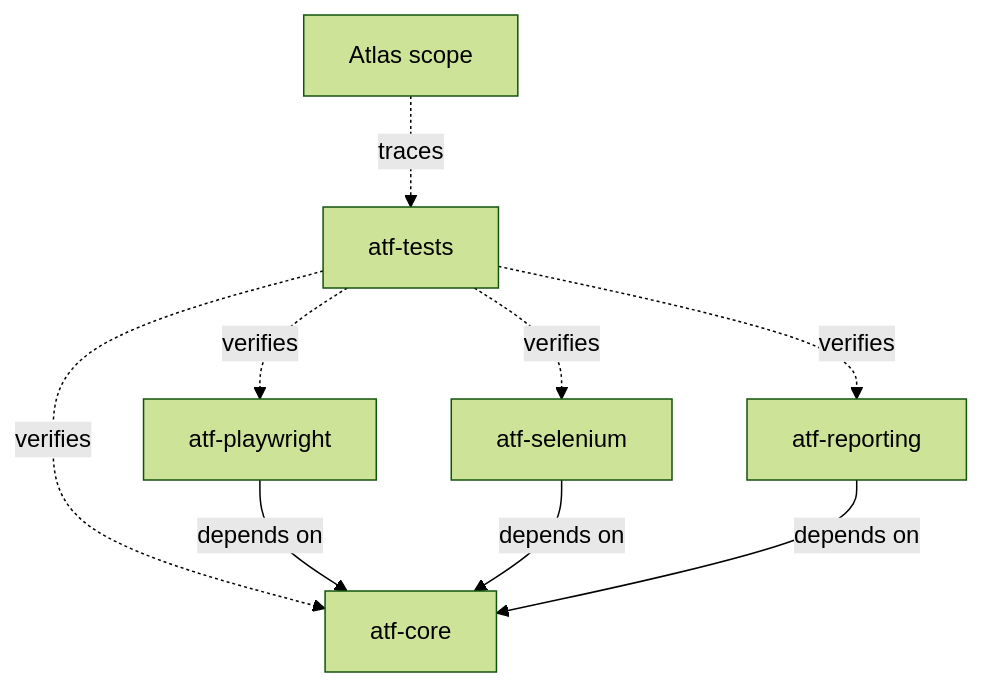
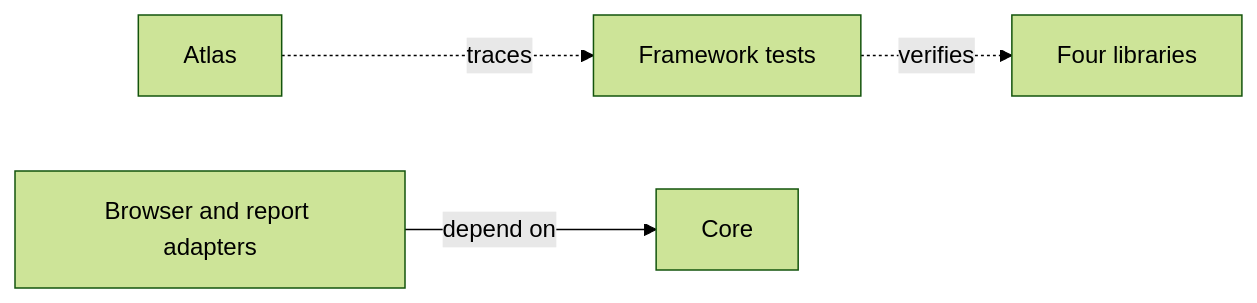
The first of 3 diagrams in atf-atlas/README.md (crististefanita/ATF_AI), drawn with Mermaid (forest theme) before and after one commit. The commit also changed other lines of this file and 111 other files, not shown here.

````diff
--- a/atf-atlas/README.md
+++ b/atf-atlas/README.md
@@ -29,11 +29,6 @@
 ```mermaid
-flowchart TB
-    Atlas["Atlas scope"] -. traces .-> Tests["atf-tests"]
-    Tests -. verifies .-> Core["atf-core"]
-    Tests -. verifies .-> PW["atf-playwright"]
-    Tests -. verifies .-> SE["atf-selenium"]
-    Tests -. verifies .-> Reports["atf-reporting"]
-    PW -->|depends on| Core
-    SE -->|depends on| Core
-    Reports -->|depends on| Core
+flowchart LR
+    Atlas["Atlas"] -. traces .-> Tests["Framework tests"]
+    Tests -. verifies .-> Runtime["Four libraries"]
+    Providers["Browser and report adapters"] -->|depend on| Core["Core"]
 ```
````
